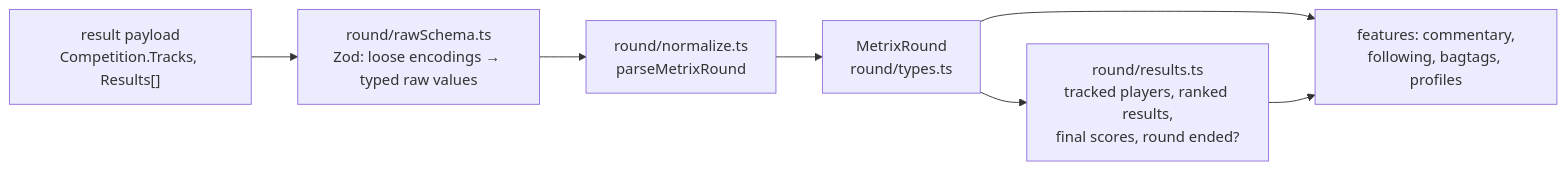
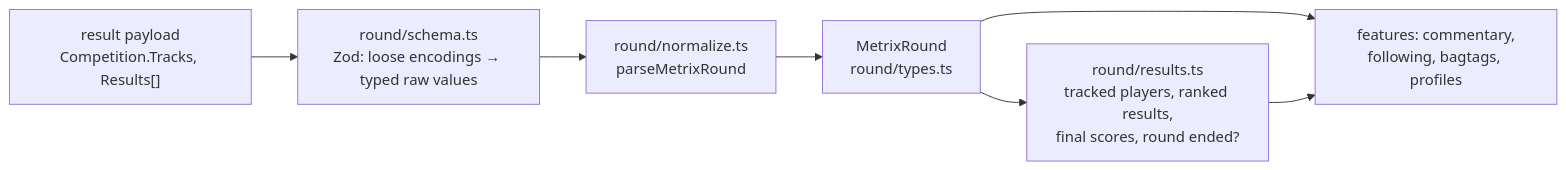
One commit to saarinenvh/sakariheitaja changed the diagram in src/integrations/metrix/README.md. Above: the diagram before and after it, drawn with Mermaid. The commit also changed other lines of this file and 31 other files, not shown here.

First line of the commit message:
refactor: one schema.ts per integration, with full example payloads (#50)

````diff
--- a/src/integrations/metrix/README.md
+++ b/src/integrations/metrix/README.md
@@ -17,9 +21,9 @@
 ```mermaid
 flowchart LR
-    Payload["result payload<br/>Competition.Tracks, Results[]"] --> Raw["round/rawSchema.ts<br/>Zod: loose encodings → typed raw values"]
+    Payload["result payload<br/>Competition.Tracks, Results[]"] --> Raw["round/schema.ts<br/>Zod: loose encodings → typed raw values"]
     Raw --> Normalize["round/normalize.ts<br/>parseMetrixRound"]
     Normalize --> Round["MetrixRound<br/>round/types.ts"]
     Round --> Results["round/results.ts<br/>tracked players, ranked results,<br/>final scores, round ended?"]
     Round --> Commentary["features: commentary,<br/>following, bagtags, profiles"]
     Results --> Commentary
 ```
````
